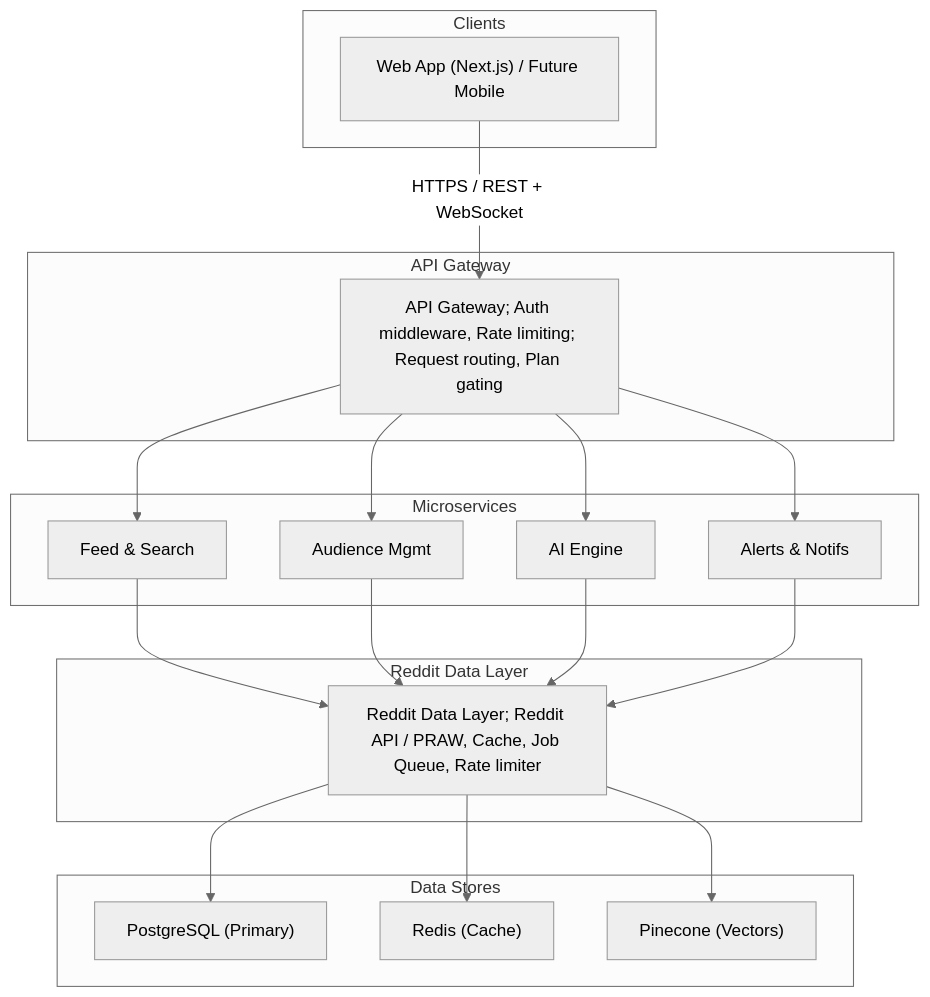
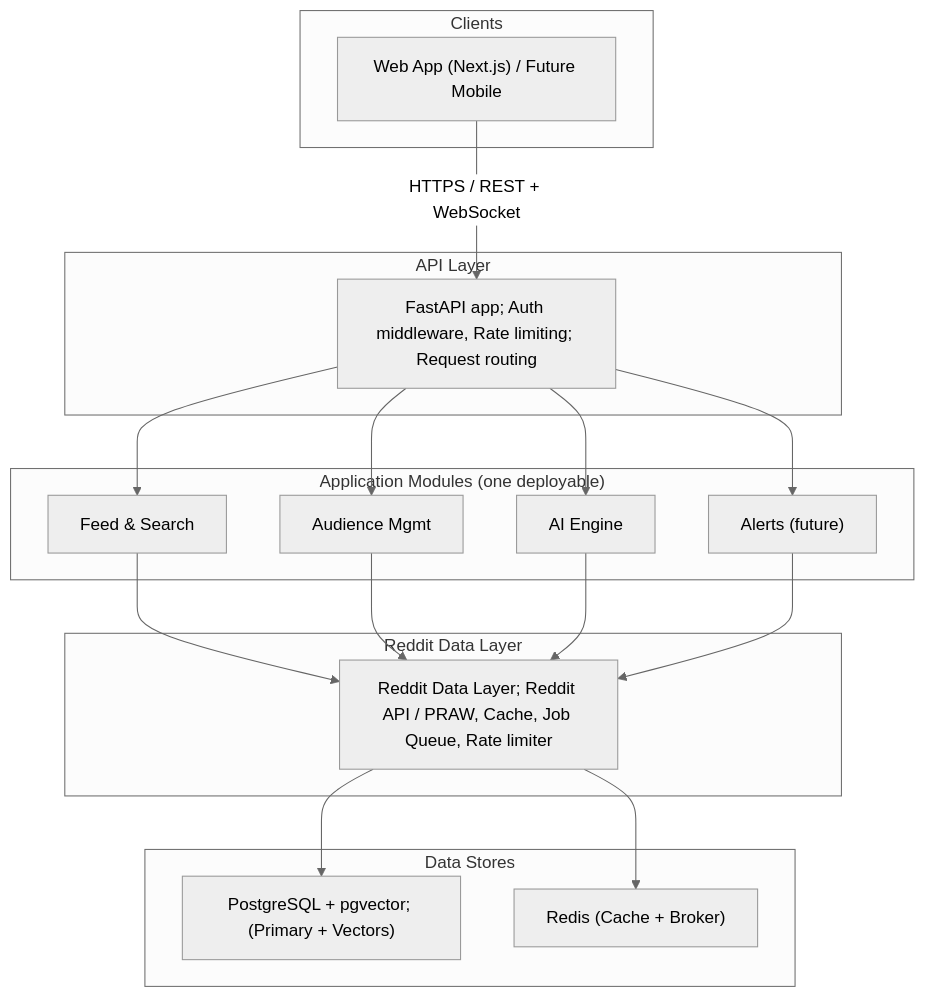
The diagram in README.md (souparno-nag/GummySearch), drawn with Mermaid (neutral theme) before and after one commit. The commit also changed other lines of this file and 2 other files, not shown here.

````diff
--- a/README.md
+++ b/README.md
@@ -146,43 +208,41 @@
 ```mermaid
 graph TD
     subgraph Clients ["Clients"]
         WebApp["Web App (Next.js) / Future Mobile"]
     end
 
     WebApp -- "HTTPS / REST + WebSocket" --> APIGateway
 
-    subgraph API_Gateway ["API Gateway"]
-        APIGateway["API Gateway; Auth middleware, Rate limiting; Request routing, Plan gating"]
+    subgraph API_Gateway ["API Layer"]
+        APIGateway["FastAPI app; Auth middleware, Rate limiting; Request routing"]
     end
 
     APIGateway --> Feed
     APIGateway --> Audience
     APIGateway --> AI
     APIGateway --> Alerts
 
-    subgraph Microservices ["Microservices"]
+    subgraph Modules ["Application Modules (one deployable)"]
         Feed["Feed & Search"]
         Audience["Audience Mgmt"]
         AI["AI Engine"]
-        Alerts["Alerts & Notifs"]
+        Alerts["Alerts (future)"]
     end
 
     Feed --> RedditData
     Audience --> RedditData
     AI --> RedditData
     Alerts --> RedditData
 
     subgraph Data_Layer ["Reddit Data Layer"]
         RedditData["Reddit Data Layer; Reddit API / PRAW, Cache, Job Queue, Rate limiter"]
     end
 
     RedditData --> PostgreSQL
     RedditData --> Redis
-    RedditData --> Pinecone
 
     subgraph Storage ["Data Stores"]
-        PostgreSQL["PostgreSQL (Primary)"]
-        Redis["Redis (Cache)"]
-        Pinecone["Pinecone (Vectors)"]
+        PostgreSQL["PostgreSQL + pgvector; (Primary + Vectors)"]
+        Redis["Redis (Cache + Broker)"]
     end
 ```
````
